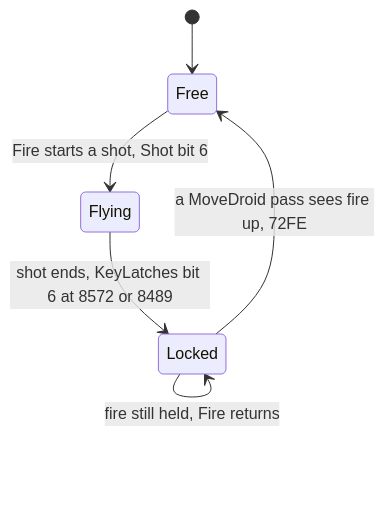
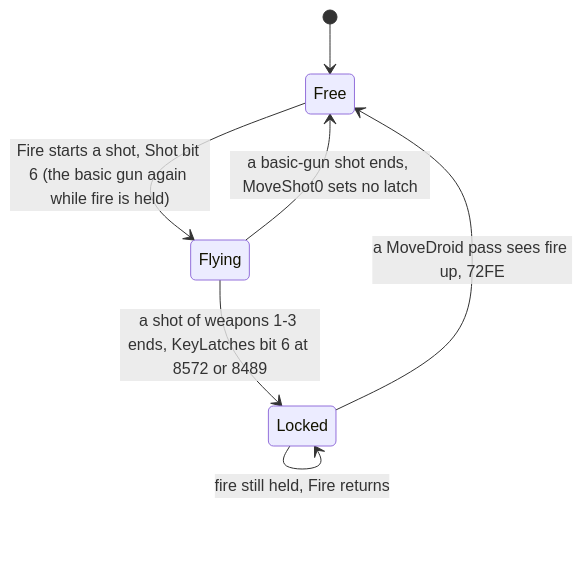
One commit to alfishe/unrealng-reverse-cases changed the seventh of 10 diagrams in games/tujad/docs/05-controls.md. Above: the diagram before and after it, drawn with Mermaid. The commit also changed other lines of this file and 44 other files, not shown here.

````diff
--- a/games/tujad/docs/05-controls.md
+++ b/games/tujad/docs/05-controls.md
@@ -687,8 +698,9 @@
 ```mermaid
 stateDiagram-v2
     [*] --> Free
-    Free --> Flying: Fire starts a shot, Shot bit 6
-    Flying --> Locked: shot ends, KeyLatches bit 6 at 8572 or 8489
+    Free --> Flying: Fire starts a shot, Shot bit 6 (the basic gun again while fire is held)
+    Flying --> Locked: a shot of weapons 1-3 ends, KeyLatches bit 6 at 8572 or 8489
+    Flying --> Free: a basic-gun shot ends, MoveShot0 sets no latch
     Locked --> Free: a MoveDroid pass sees fire up, 72FE
     Locked --> Locked: fire still held, Fire returns
 ```
````
